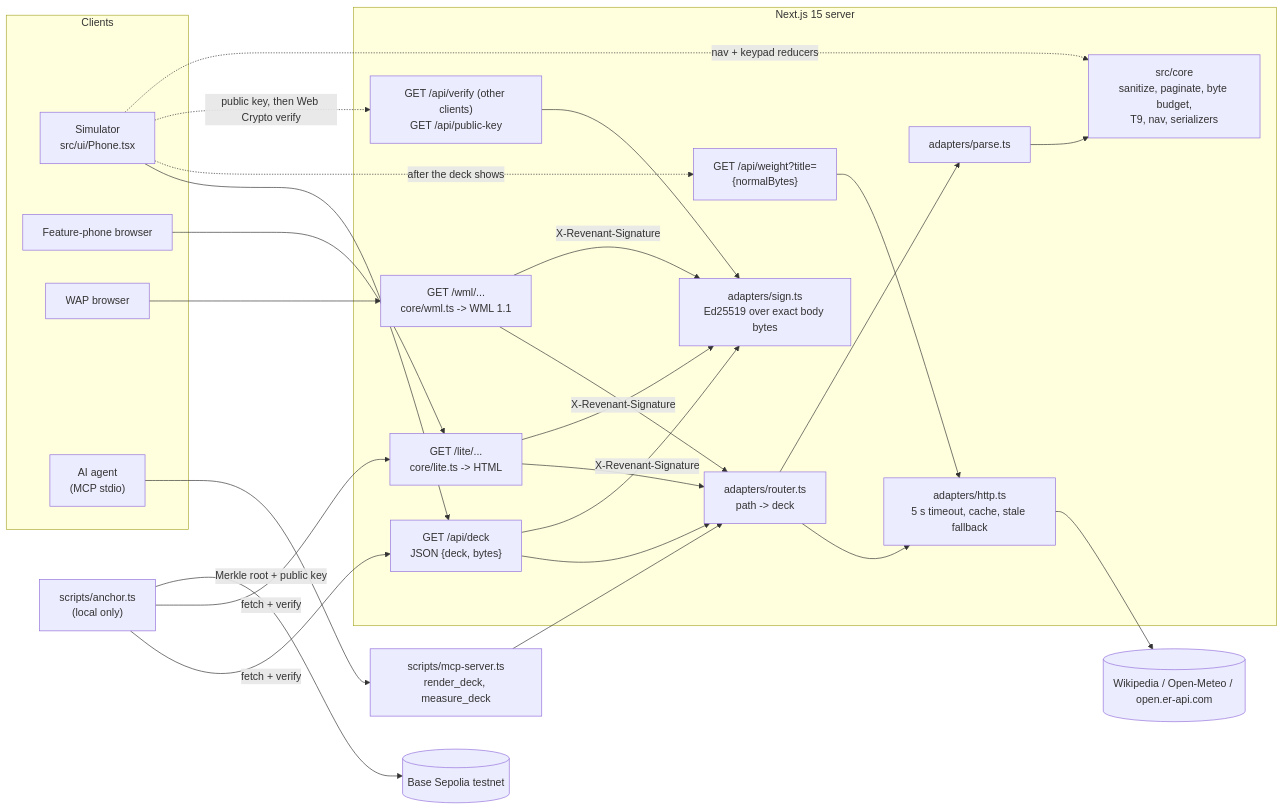
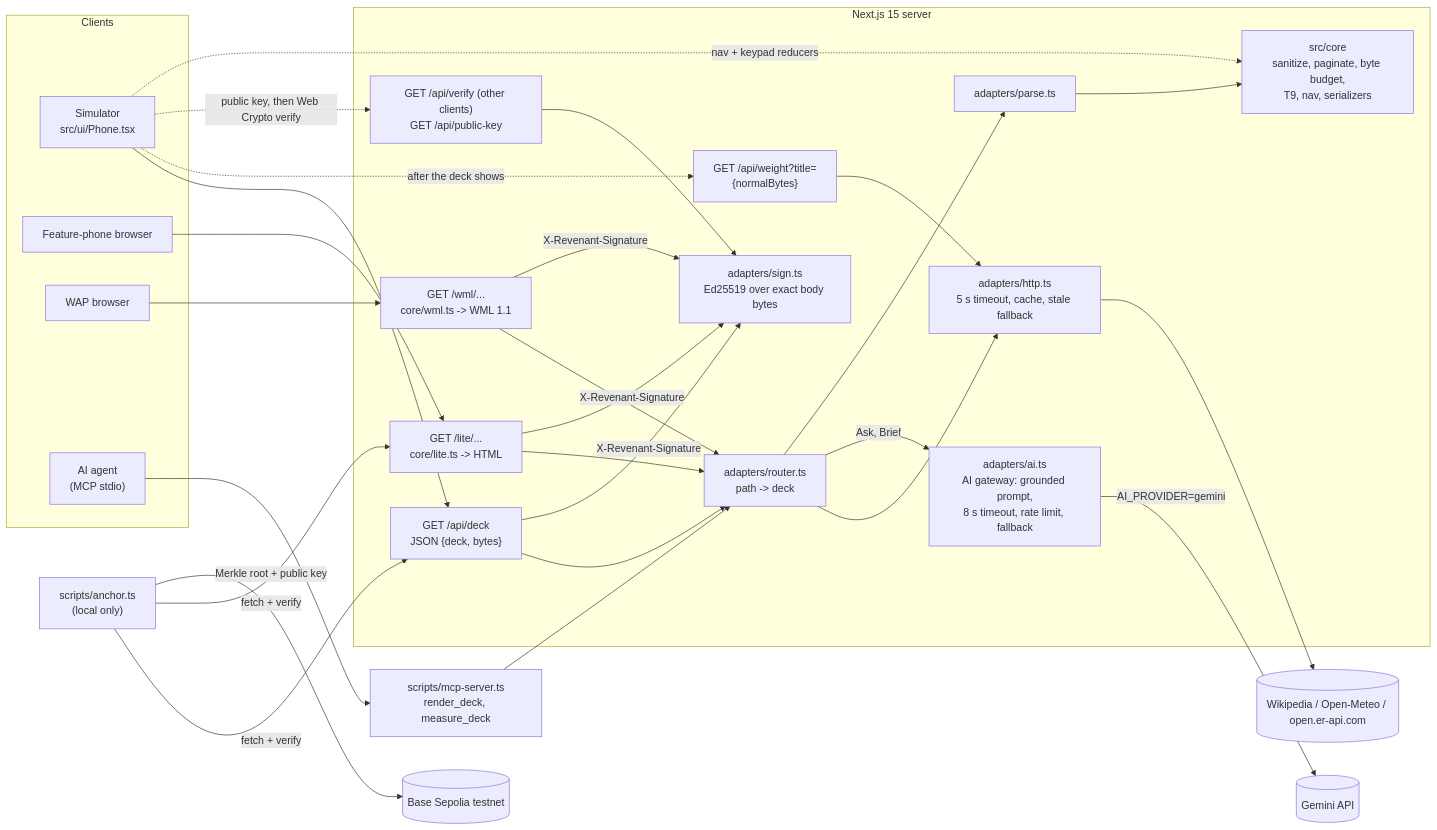
One commit to kida256-glitch/revenant changed the diagram in README.md. Above: the diagram before and after it, drawn with Mermaid. The commit also changed other lines of this file and 4 other files, not shown here.

````diff
--- a/README.md
+++ b/README.md
@@ -32,38 +32,41 @@
 ```mermaid
 flowchart LR
   subgraph Clients
     Sim["Simulator<br/>src/ui/Phone.tsx"]
     Lite["Feature-phone browser"]
     WAP["WAP browser"]
     Agent["AI agent<br/>(MCP stdio)"]
   end
   MCP["scripts/mcp-server.ts<br/>render_deck, measure_deck"]
   Anchor["scripts/anchor.ts<br/>(local only)"]
   Chain[(Base Sepolia testnet)]
   subgraph Server["Next.js 15 server"]
     API["GET /api/deck<br/>JSON {deck, bytes}"]
     Weight["GET /api/weight?title=<br/>{normalBytes}"]
     Verify["GET /api/verify (other clients)<br/>GET /api/public-key"]
     Sign["adapters/sign.ts<br/>Ed25519 over exact body bytes"]
     LiteR["GET /lite/...<br/>core/lite.ts -> HTML"]
     WmlR["GET /wml/...<br/>core/wml.ts -> WML 1.1"]
     Router["adapters/router.ts<br/>path -> deck"]
+    AI["adapters/ai.ts<br/>AI gateway: grounded prompt,<br/>8 s timeout, rate limit, fallback"]
     HTTP["adapters/http.ts<br/>5 s timeout, cache, stale fallback"]
     Parse["adapters/parse.ts"]
     Core["src/core<br/>sanitize, paginate, byte budget,<br/>T9, nav, serializers"]
   end
   Up[(Wikipedia / Open-Meteo / open.er-api.com)]
   Sim --> API
   Sim -. "after the deck shows" .-> Weight --> HTTP
   Lite --> LiteR
   WAP --> WmlR
   API & LiteR & WmlR --> Router
   API & LiteR & WmlR -- "X-Revenant-Signature" --> Sign
   Sim -. "public key, then Web Crypto verify" .-> Verify --> Sign
   Agent --> MCP --> Router
   Anchor -- "fetch + verify" --> API & LiteR
   Anchor -- "Merkle root + public key" --> Chain
   Router --> HTTP --> Up
+  Router -- "Ask, Brief" --> AI
+  AI -- "AI_PROVIDER=gemini" --> Gemini[(Gemini API)]
   Router --> Parse --> Core
   Sim -. "nav + keypad reducers" .-> Core
 ```
````
